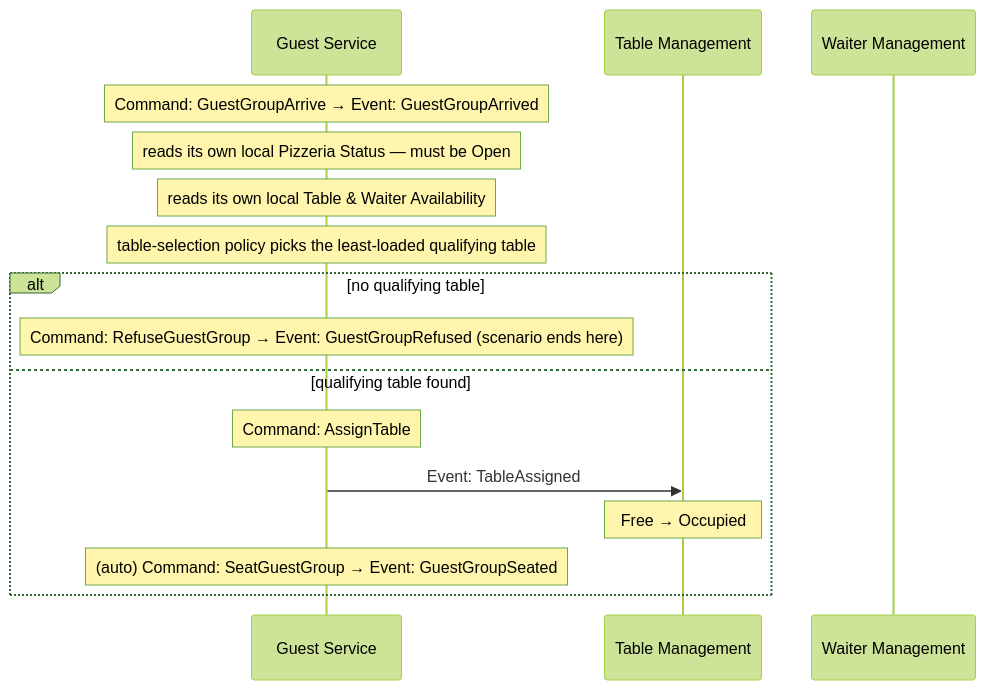
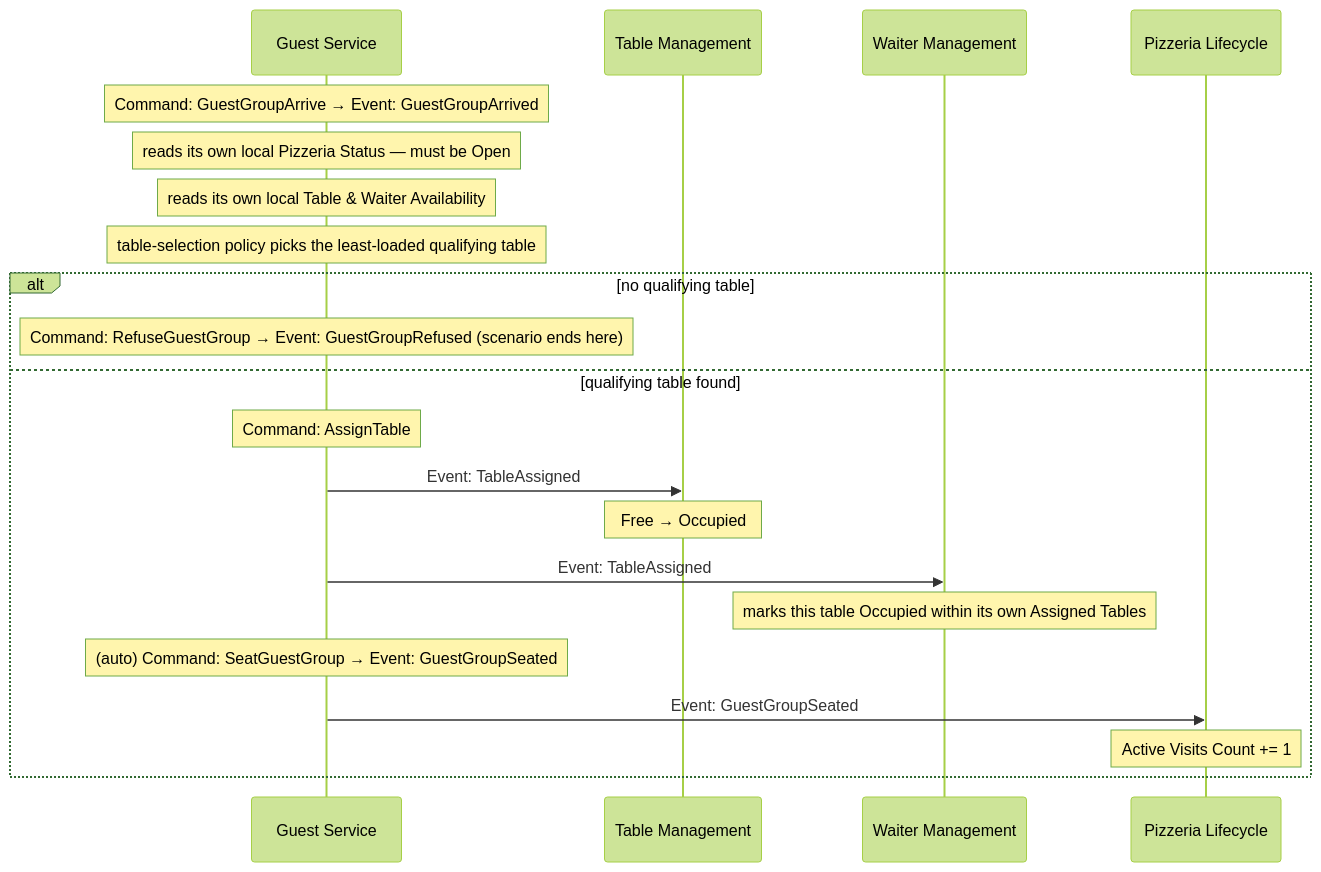
One commit to mmalessa/pizzeria changed the first of 6 diagrams in doc/05_connect_message_flows.md. Above: the diagram before and after it, drawn with Mermaid (forest theme). The commit also changed other lines of this file and 5 other files, not shown here.

````diff
--- a/doc/05_connect_message_flows.md
+++ b/doc/05_connect_message_flows.md
@@ -44,19 +45,24 @@
 ```mermaid
 sequenceDiagram
     participant GS as Guest Service
     participant TM as Table Management
     participant WM as Waiter Management
+    participant PL as Pizzeria Lifecycle
 
     Note over GS: Command: GuestGroupArrive → Event: GuestGroupArrived
     Note over GS: reads its own local Pizzeria Status — must be Open
     Note over GS: reads its own local Table & Waiter Availability
     Note over GS: table-selection policy picks the least-loaded qualifying table
     alt no qualifying table
         Note over GS: Command: RefuseGuestGroup → Event: GuestGroupRefused (scenario ends here)
     else qualifying table found
         Note over GS: Command: AssignTable
         GS->>TM: Event: TableAssigned
         Note over TM: Free → Occupied
+        GS->>WM: Event: TableAssigned
+        Note over WM: marks this table Occupied within its own Assigned Tables
         Note over GS: (auto) Command: SeatGuestGroup → Event: GuestGroupSeated
+        GS->>PL: Event: GuestGroupSeated
+        Note over PL: Active Visits Count += 1
     end
 ```
````
